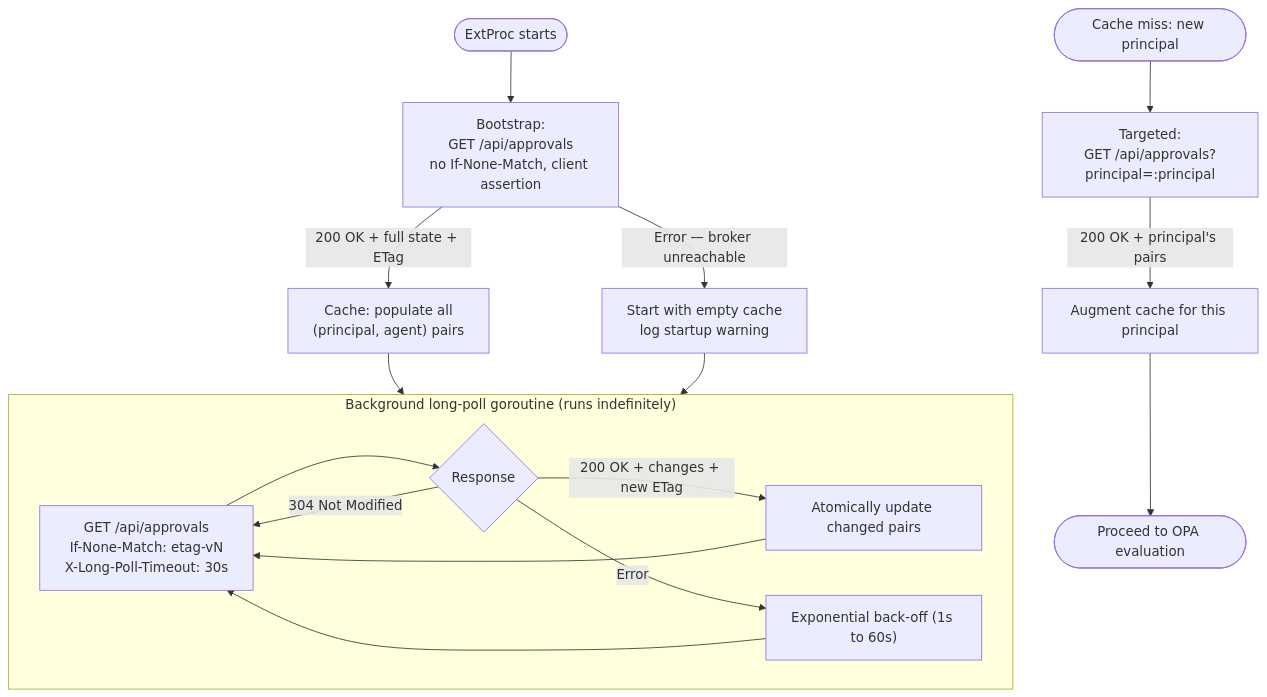
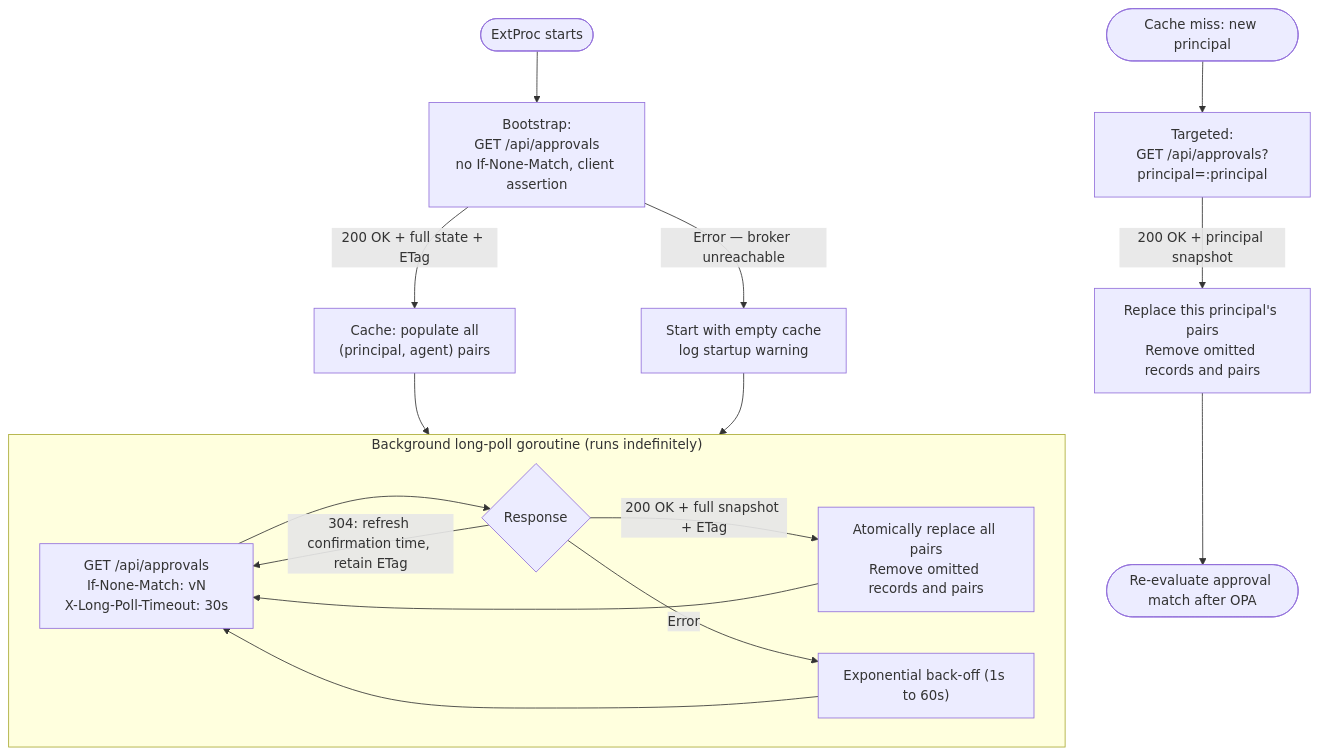
The second of 3 diagrams in specs/026-extproc-approval-sync/spec.md (zalando-incubator/agentic-identity-broker), drawn with Mermaid before and after one commit. The commit also changed other lines of this file and 19 other files, not shown here.

````diff
--- a/specs/026-extproc-approval-sync/spec.md
+++ b/specs/026-extproc-approval-sync/spec.md
@@ -94,21 +111,21 @@
 ```mermaid
 flowchart TD
     A([ExtProc starts]) --> B["Bootstrap:\nGET /api/approvals\nno If-None-Match, client assertion"]
     B -->|"200 OK + full state + ETag"| C["Cache: populate all\n(principal, agent) pairs"]
     B -->|"Error — broker unreachable"| C2["Start with empty cache\nlog startup warning"]
     C --> SYNC
     C2 --> SYNC
 
     subgraph SYNC ["Background long-poll goroutine (runs indefinitely)"]
-        S1["GET /api/approvals\nIf-None-Match: etag-vN\nX-Long-Poll-Timeout: 30s"] --> S2{Response}
-        S2 -->|"200 OK + changes + new ETag"| S3[Atomically update changed pairs]
+        S1["GET /api/approvals\nIf-None-Match: vN\nX-Long-Poll-Timeout: 30s"] --> S2{Response}
+        S2 -->|"200 OK + full snapshot + ETag"| S3[Atomically replace all pairs<br/>Remove omitted records and pairs]
         S3 --> S1
-        S2 -->|"304 Not Modified"| S1
+        S2 -->|"304: refresh confirmation time, retain ETag"| S1
         S2 -->|"Error"| S4["Exponential back-off (1s to 60s)"]
         S4 --> S1
     end
 
     M([Cache miss: new principal]) --> N["Targeted:\nGET /api/approvals?principal=:principal"]
-    N -->|"200 OK + principal's pairs"| O[Augment cache for this principal]
-    O --> P([Proceed to OPA evaluation])
+    N -->|"200 OK + principal snapshot"| O[Replace this principal's pairs<br/>Remove omitted records and pairs]
+    O --> P([Re-evaluate approval match after OPA])
 ```
````
